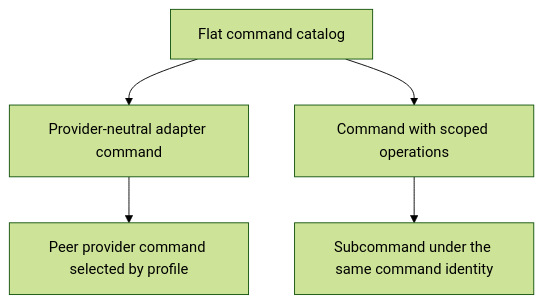
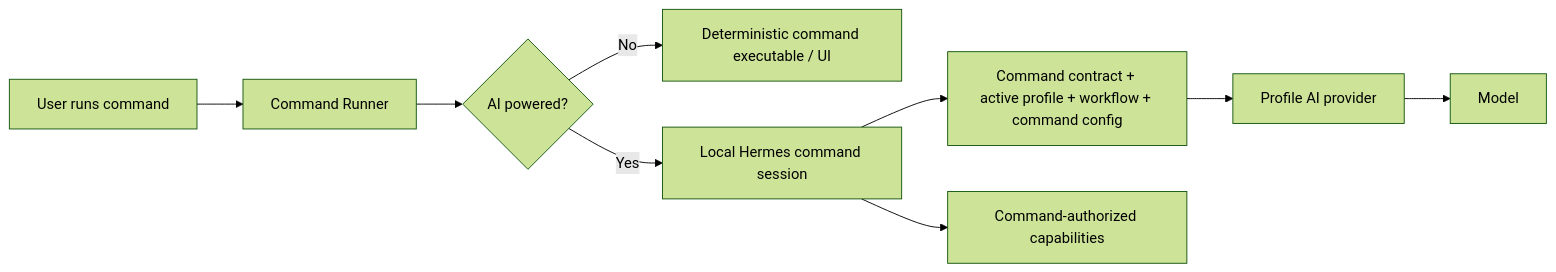
One commit to starodubtsevconsulting/ai-fleas changed the diagram in ai-commands/commands.md. Above: the diagram before and after it, drawn with Mermaid (forest theme). The commit also changed other lines of this file, not shown here.

Commit message:
Define optional AI-powered command sessions

````diff
--- a/ai-commands/commands.md
+++ b/ai-commands/commands.md
@@ -106,8 +45,11 @@
 ```mermaid
-flowchart TD
-  Catalog["Flat command catalog"]
-  Catalog --> Adapter["Provider-neutral adapter command"]
-  Adapter --> Provider["Peer provider command selected by profile"]
-  Catalog --> Parent["Command with scoped operations"]
-  Parent --> Subcommand["Subcommand under the same command identity"]
+flowchart LR
+  User["User runs command"] --> Runner["Command Runner"]
+  Runner --> Mode{"AI powered?"}
+  Mode -->|No| Exec["Deterministic command executable / UI"]
+  Mode -->|Yes| Hermes["Local Hermes command session"]
+  Hermes --> Context["Command contract + active profile + workflow + command config"]
+  Context --> Provider["Profile AI provider"]
+  Provider --> Model["Model"]
+  Hermes --> Capability["Command-authorized capabilities"]
 ```
````
